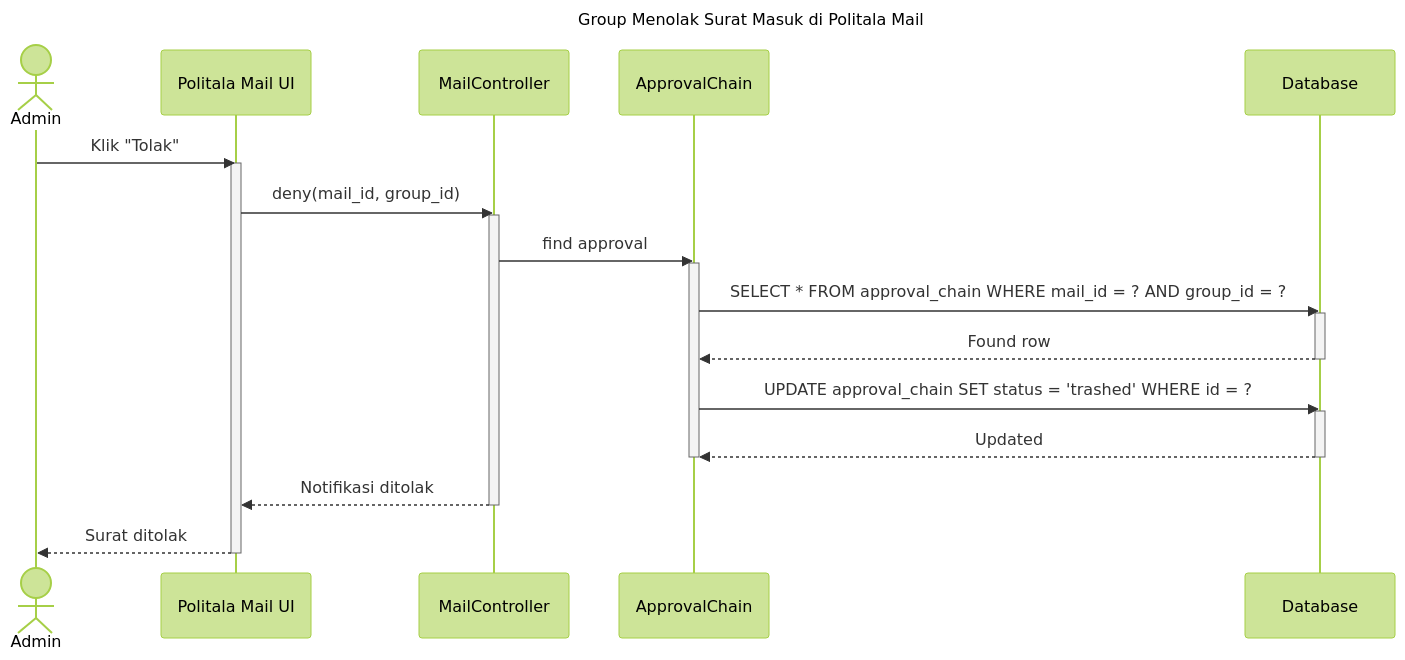
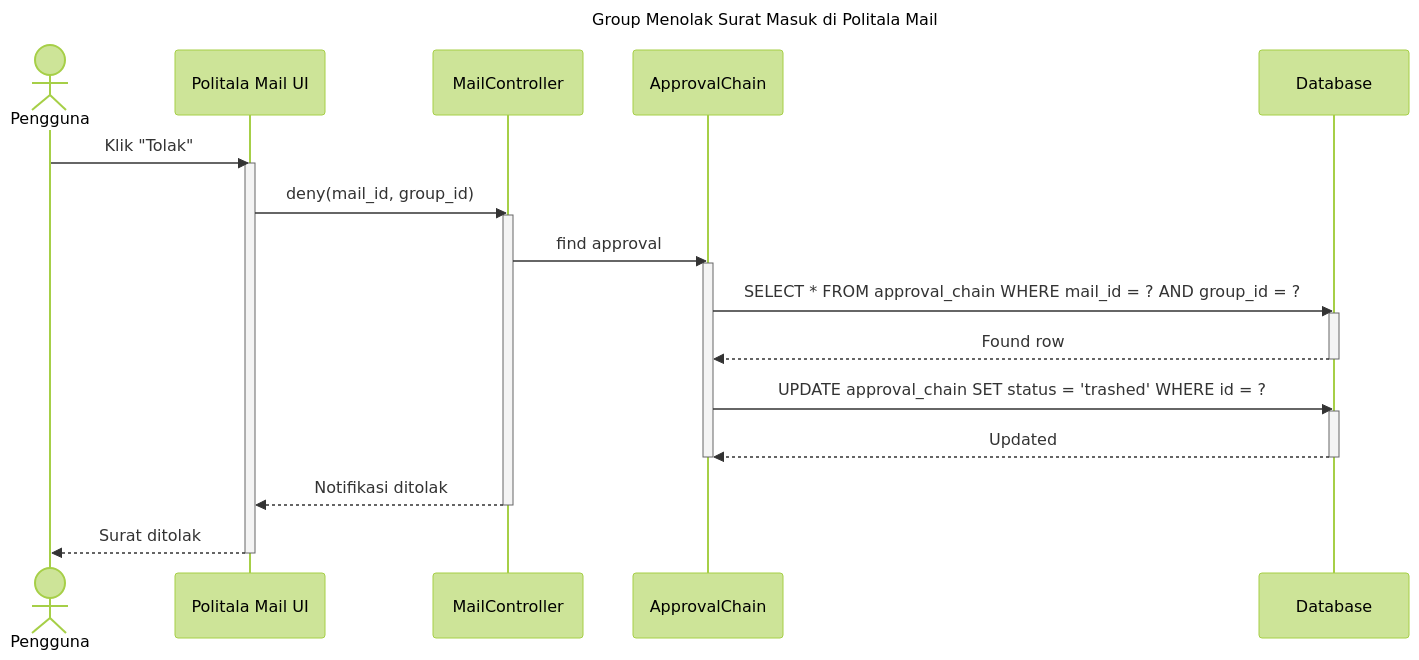
One commit to davidhadinugroho24601/UML-politala-mail changed the diagram in Manage Surat Masuk/tolak.md. Above: the diagram before and after it, drawn with Mermaid (forest theme). The commit also changed 8 other files, not shown here.

````diff
--- a/Manage Surat Masuk/tolak.md
+++ b/Manage Surat Masuk/tolak.md
@@ -1,36 +1,36 @@
 ```mermaid
 
 sequenceDiagram
     title Group Menolak Surat Masuk di Politala Mail
 
-    actor Admin
+    actor Pengguna
     participant FilamentUI as Politala Mail UI
     participant MailController
     participant ApprovalModel as ApprovalChain
     participant DB as Database
 
-    Admin ->> FilamentUI: Klik "Tolak"
+    Pengguna ->> FilamentUI: Klik "Tolak"
     activate FilamentUI
     FilamentUI ->> MailController: deny(mail_id, group_id)
     activate MailController
 
     MailController ->> ApprovalModel: find approval
     activate ApprovalModel
     ApprovalModel ->> DB: SELECT * FROM approval_chain WHERE mail_id = ? AND group_id = ?
     activate DB
     DB -->> ApprovalModel: Found row
     deactivate DB
 
     ApprovalModel ->> DB: UPDATE approval_chain SET status = 'trashed' WHERE id = ?
     activate DB
     DB -->> ApprovalModel: Updated
     deactivate DB
     deactivate ApprovalModel
 
     MailController -->> FilamentUI: Notifikasi ditolak
     deactivate MailController
-    FilamentUI -->> Admin: Surat ditolak
+    FilamentUI -->> Pengguna: Surat ditolak
     deactivate FilamentUI
 
 
 ```
````
